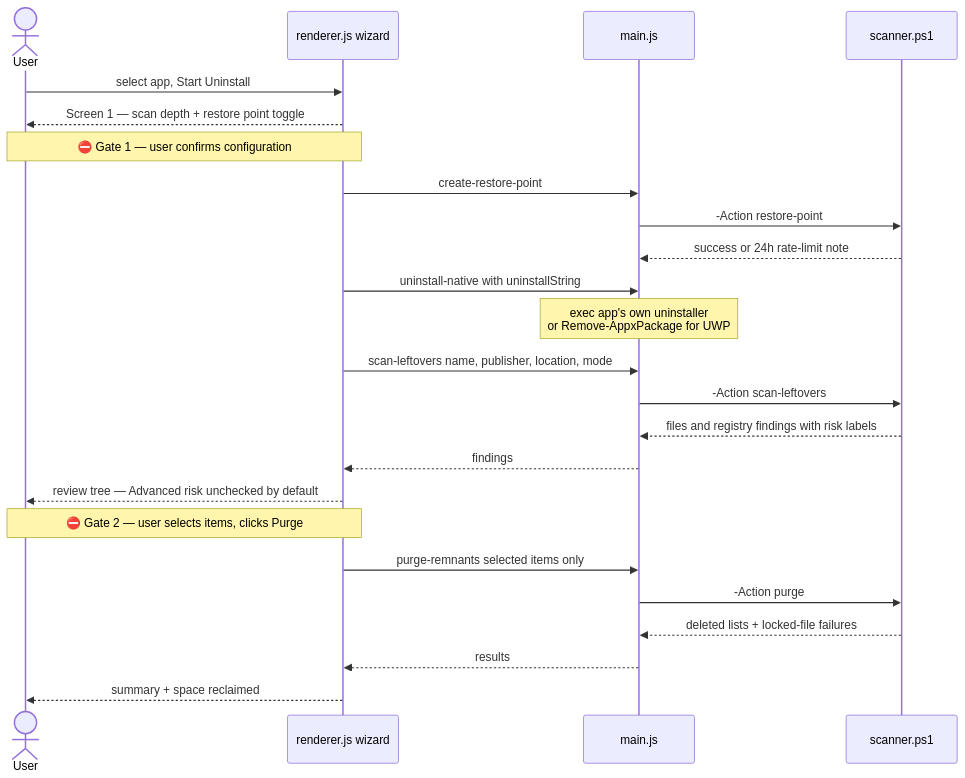
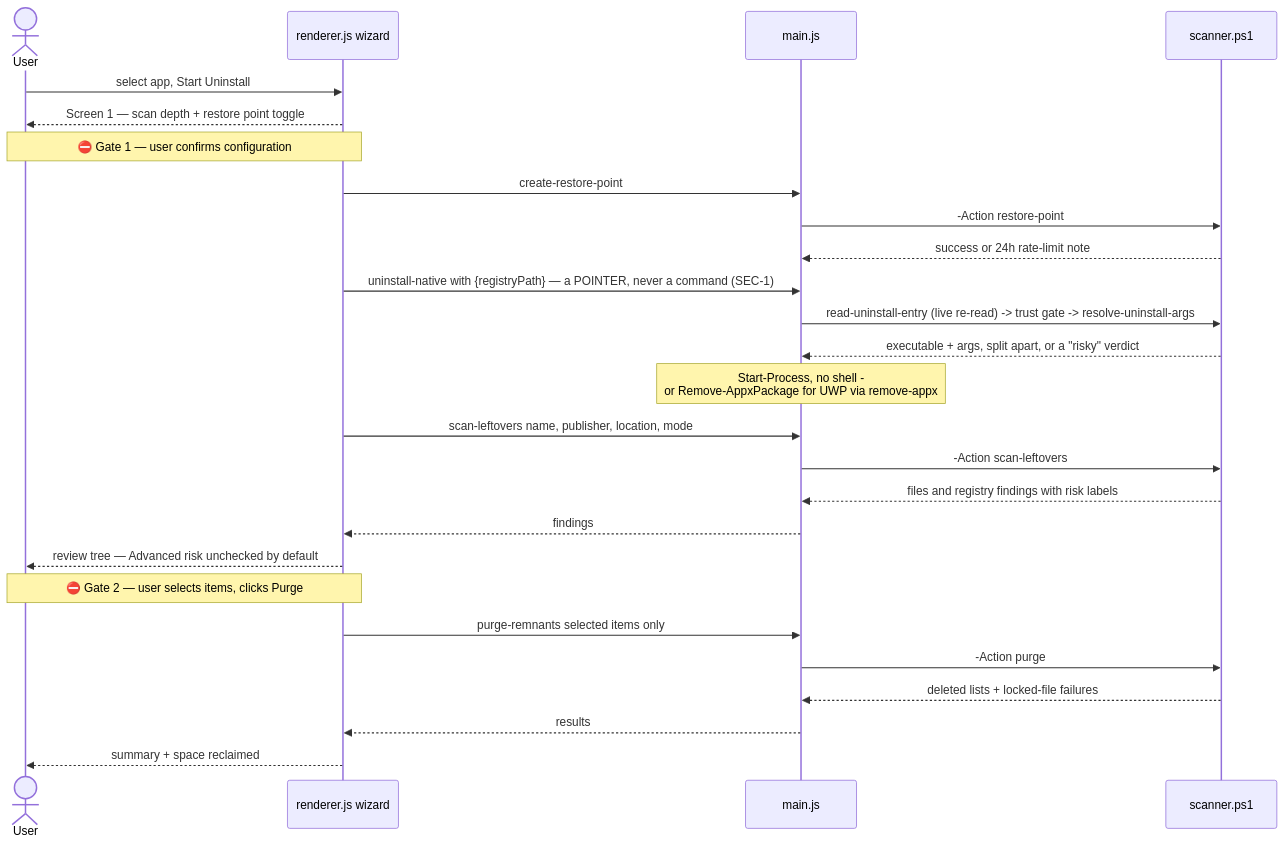
Before and after one commit to QuantumMonkey/Vanish: the second of 2 diagrams in ARCHITECTURE.md, drawn with Mermaid. The commit also changed other lines of this file and 3 other files, not shown here.

````diff
--- a/ARCHITECTURE.md
+++ b/ARCHITECTURE.md
@@ -49,27 +49,29 @@
 ```mermaid
 sequenceDiagram
     actor User
     participant R as renderer.js wizard
     participant M as main.js
     participant P as scanner.ps1
 
     User->>R: select app, Start Uninstall
     R-->>User: Screen 1 — scan depth + restore point toggle
     Note over User,R: ⛔ Gate 1 — user confirms configuration
     R->>M: create-restore-point
     M->>P: -Action restore-point
     P-->>M: success or 24h rate-limit note
-    R->>M: uninstall-native with uninstallString
-    Note over M: exec app's own uninstaller<br/>or Remove-AppxPackage for UWP
+    R->>M: uninstall-native with {registryPath} — a POINTER, never a command (SEC-1)
+    M->>P: read-uninstall-entry (live re-read) -> trust gate -> resolve-uninstall-args
+    P-->>M: executable + args, split apart, or a "risky" verdict
+    Note over M: Start-Process, no shell -<br/>or Remove-AppxPackage for UWP via remove-appx
     R->>M: scan-leftovers name, publisher, location, mode
     M->>P: -Action scan-leftovers
     P-->>M: files and registry findings with risk labels
     M-->>R: findings
     R-->>User: review tree — Advanced risk unchecked by default
     Note over User,R: ⛔ Gate 2 — user selects items, clicks Purge
     R->>M: purge-remnants selected items only
     M->>P: -Action purge
     P-->>M: deleted lists + locked-file failures
     M-->>R: results
     R-->>User: summary + space reclaimed
 ```
````
